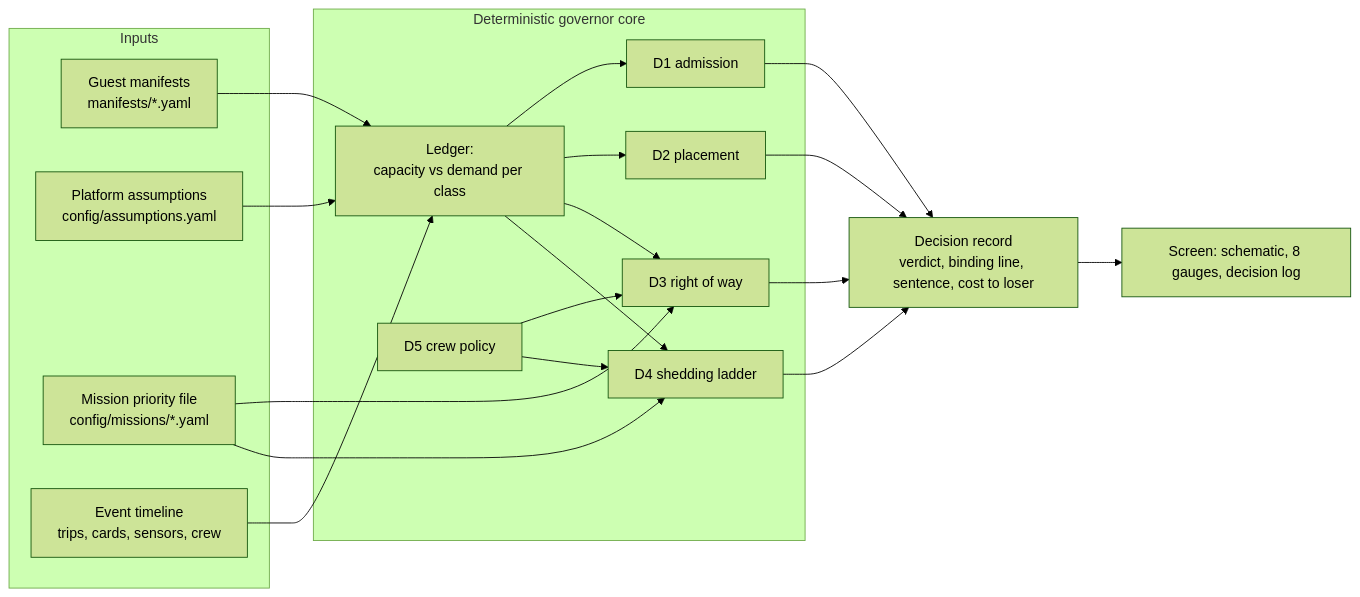
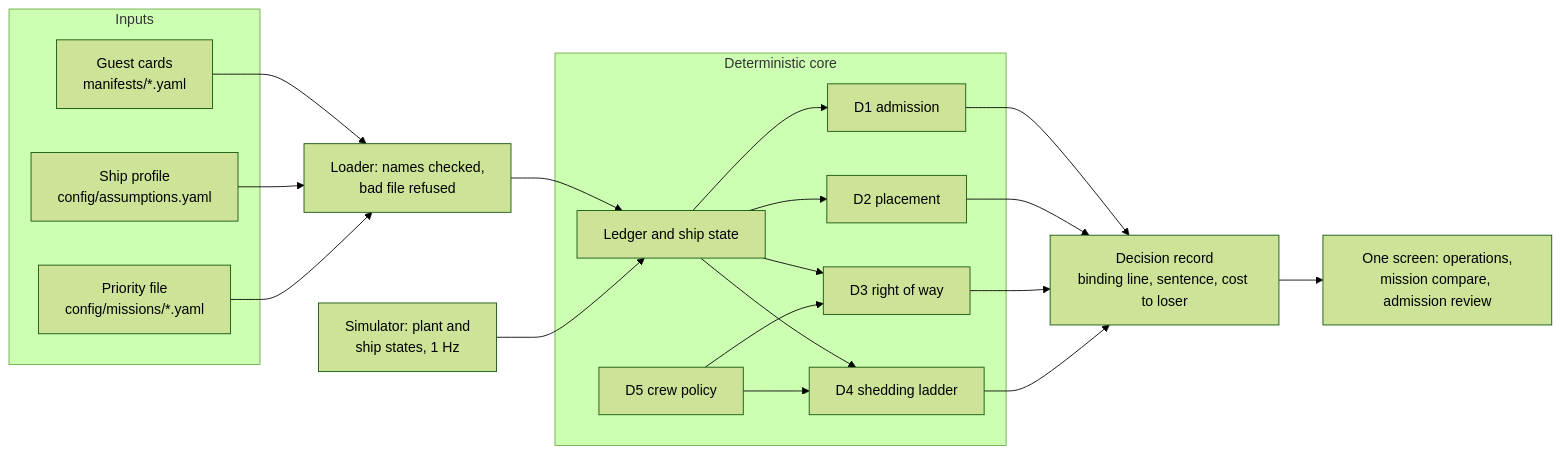
Before and after one commit to sidd91/softwareDefinedVessels: the diagram in README.md, drawn with Mermaid (forest theme). The commit also changed other lines of this file and 52 other files, not shown here.

````diff
--- a/README.md
+++ b/README.md
@@ -40,27 +40,25 @@
 ```mermaid
 flowchart LR
   subgraph Inputs
-    M[Guest manifests<br/>manifests/*.yaml]
-    A[Platform assumptions<br/>config/assumptions.yaml]
-    P[Mission priority file<br/>config/missions/*.yaml]
-    E[Event timeline<br/>trips, cards, sensors, crew]
+    M[Guest cards<br/>manifests/*.yaml]
+    A[Ship profile<br/>config/assumptions.yaml]
+    P[Priority file<br/>config/missions/*.yaml]
   end
-  subgraph Core[Deterministic governor core]
-    L[Ledger:<br/>capacity vs demand per class]
+  LD[Loader: names checked,<br/>bad file refused]
+  E[Simulator: plant and<br/>ship states, 1 Hz]
+  subgraph Core[Deterministic core]
+    L[Ledger and ship state]
     D1[D1 admission]
     D2[D2 placement]
     D3[D3 right of way]
     D4[D4 shedding ladder]
     D5[D5 crew policy]
   end
-  R[Decision record<br/>verdict, binding line, sentence, cost to loser]
-  S[Screen: schematic, 8 gauges, decision log]
-  M --> L
-  A --> L
-  P --> D3
-  P --> D4
+  R[Decision record<br/>binding line, sentence, cost to loser]
+  S[One screen: operations,<br/>mission compare, admission review]
+  M & A & P --> LD --> L
   E --> L
   L --> D1 & D2 & D3 & D4
   D5 --> D3 & D4
   D1 & D2 & D3 & D4 --> R --> S
 ```
````
